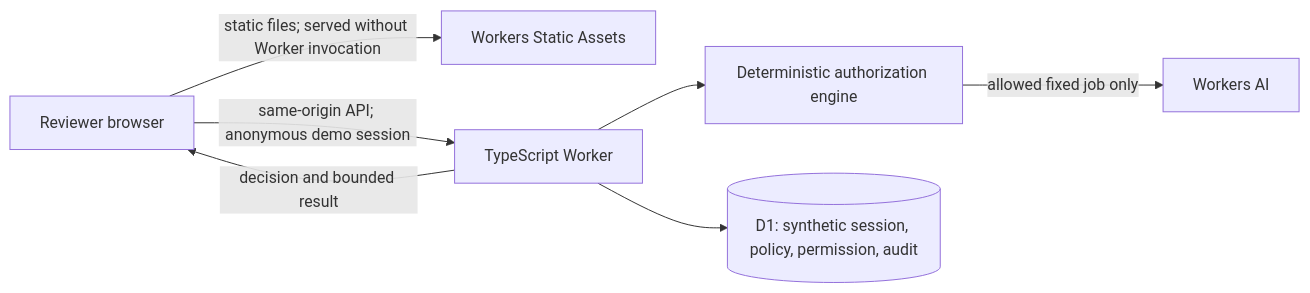
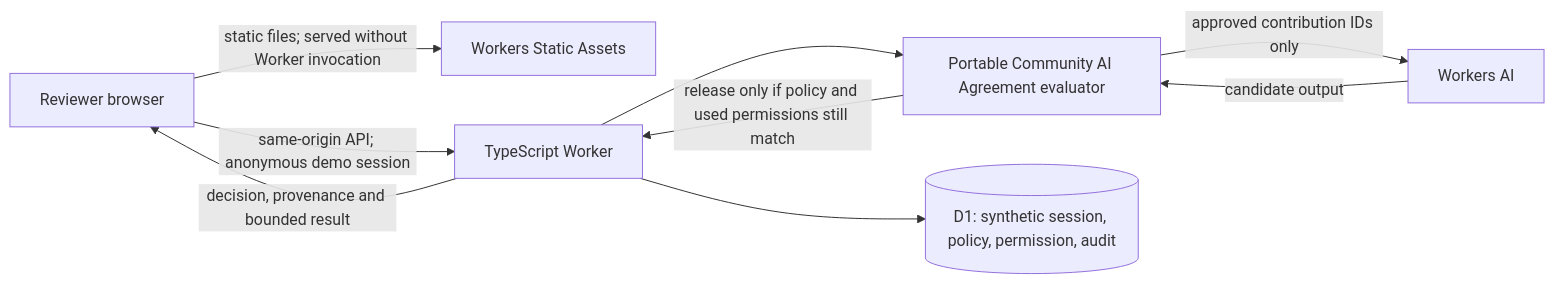
Before and after one commit to Bepoadewale/mindcommons: the diagram in docs/architecture/system-overview.md, drawn with Mermaid. The commit also changed other lines of this file and 17 other files, not shown here.

````diff
--- a/docs/architecture/system-overview.md
+++ b/docs/architecture/system-overview.md
@@ -5,9 +5,11 @@
 ```mermaid
 flowchart LR
   V[Reviewer browser] -->|static files; served without Worker invocation| A[Workers Static Assets]
   V -->|same-origin API; anonymous demo session| W[TypeScript Worker]
-  W --> G[Deterministic authorization engine]
+  W --> G[Portable Community AI Agreement evaluator]
   W --> D[(D1: synthetic session, policy, permission, audit)]
-  G -->|allowed fixed job only| AI[Workers AI]
-  W -->|decision and bounded result| V
+  G -->|approved contribution IDs only| AI[Workers AI]
+  AI -->|candidate output| G
+  G -->|release only if policy and used permissions still match| W
+  W -->|decision, provenance and bounded result| V
 ```
````
